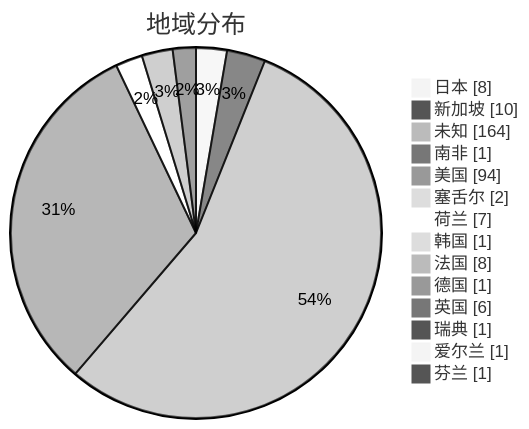
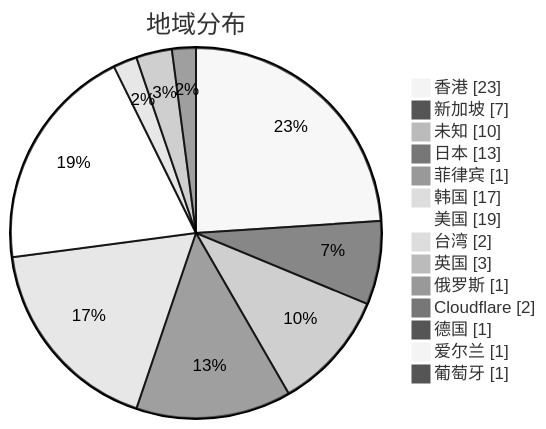
The second of 3 diagrams in subs/statistics/tested_within.md (qjlxg/airport), drawn with Mermaid (neutral theme) before and after one commit. The commit also changed other lines of this file and 2 other files, not shown here.

Commit message:
Tested by metaST

````diff
--- a/subs/statistics/tested_within.md
+++ b/subs/statistics/tested_within.md
@@ -15,18 +11,18 @@
 ```mermaid
 pie showData
 title 地域分布
-"日本" : 8
-"新加坡" : 10
-"未知" : 164
-"南非" : 1
-"美国" : 94
-"塞舌尔" : 2
-"荷兰" : 7
-"韩国" : 1
-"法国" : 8
+"香港" : 23
+"新加坡" : 7
+"未知" : 10
+"日本" : 13
+"菲律宾" : 1
+"韩国" : 17
+"美国" : 19
+"台湾" : 2
+"英国" : 3
+"俄罗斯" : 1
+"Cloudflare" : 2
 "德国" : 1
-"英国" : 6
-"瑞典" : 1
 "爱尔兰" : 1
-"芬兰" : 1
+"葡萄牙" : 1
 ```
````
